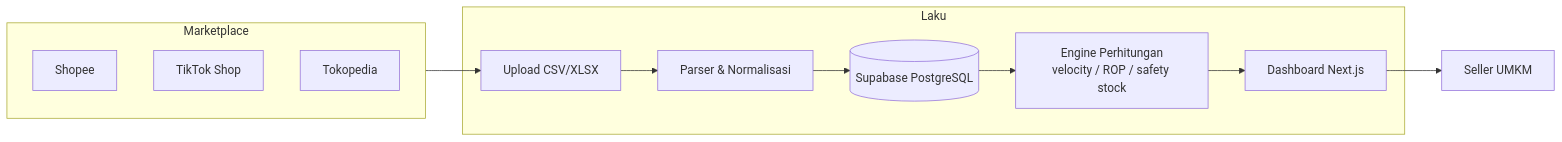
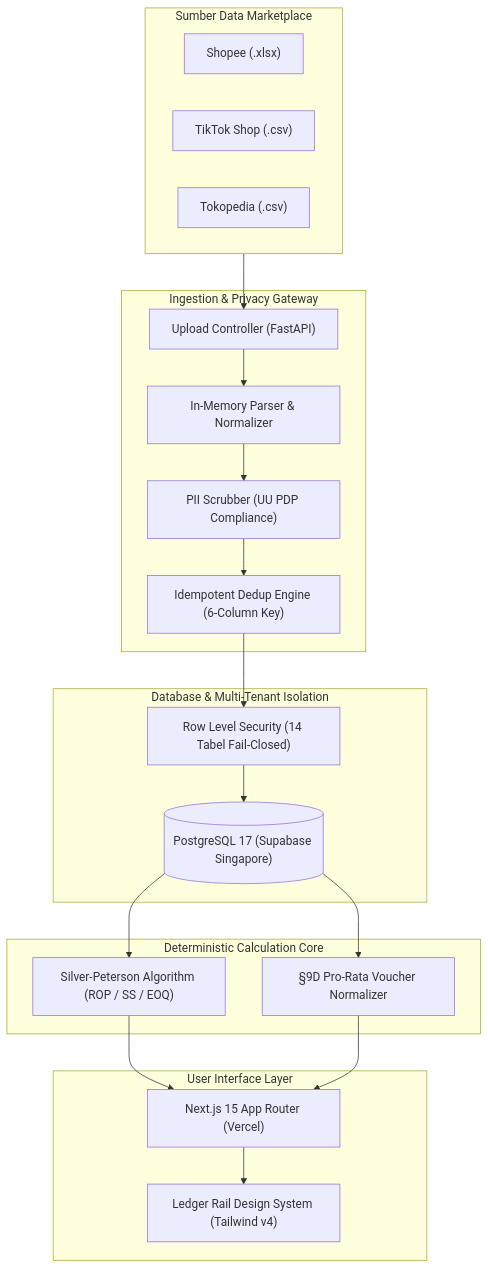
Before and after one commit to MuaraAI/laku: the diagram in README.md, drawn with Mermaid. The commit also changed other lines of this file and 5 other files, not shown here.

````diff
--- a/README.md
+++ b/README.md
@@ -64,16 +104,42 @@
 ```mermaid
-flowchart LR
-    subgraph MKT["Marketplace"]
-        SH["Shopee"]
-        TK["TikTok Shop"]
-        TP["Tokopedia"]
+flowchart TD
+    subgraph Marketplaces["Sumber Data Marketplace"]
+        SP["Shopee (.xlsx)"]
+        TT["TikTok Shop (.csv)"]
+        TP["Tokopedia (.csv)"]
     end
-    subgraph LAKU["Laku"]
-        UP["Upload CSV/XLSX"] --> PS["Parser & Normalisasi"]
-        PS --> DB[("Supabase PostgreSQL")]
-        DB --> EN["Engine Perhitungan<br/>velocity / ROP / safety stock"]
-        EN --> DW["Dashboard Next.js"]
+
+    subgraph Pipeline["Ingestion & Privacy Gateway"]
+        UP["Upload Controller (FastAPI)"]
+        PARSER["In-Memory Parser & Normalizer"]
+        PURGE["PII Scrubber (UU PDP Compliance)"]
+        DEDUP["Idempotent Dedup Engine (6-Column Key)"]
     end
-    MKT --> UP
-    DW --> SL["Seller UMKM"]
+
+    subgraph Storage["Database & Multi-Tenant Isolation"]
+        PG[("PostgreSQL 17 (Supabase Singapore)")]
+        RLS["Row Level Security (14 Tabel Fail-Closed)"]
+    end
+
+    subgraph Engine["Deterministic Calculation Core"]
+        MATH["Silver-Peterson Algorithm (ROP / SS / EOQ)"]
+        RECAP["§9D Pro-Rata Voucher Normalizer"]
+    end
+
+    subgraph Presentation["User Interface Layer"]
+        DASH["Next.js 15 App Router (Vercel)"]
+        UI["Ledger Rail Design System (Tailwind v4)"]
+    end
+
+    Marketplaces --> UP
+    UP --> PARSER
+    PARSER --> PURGE
+    PURGE --> DEDUP
+    DEDUP --> RLS
+    RLS --> PG
+    PG --> MATH
+    PG --> RECAP
+    MATH --> DASH
+    RECAP --> DASH
+    DASH --> UI
 ```
````
